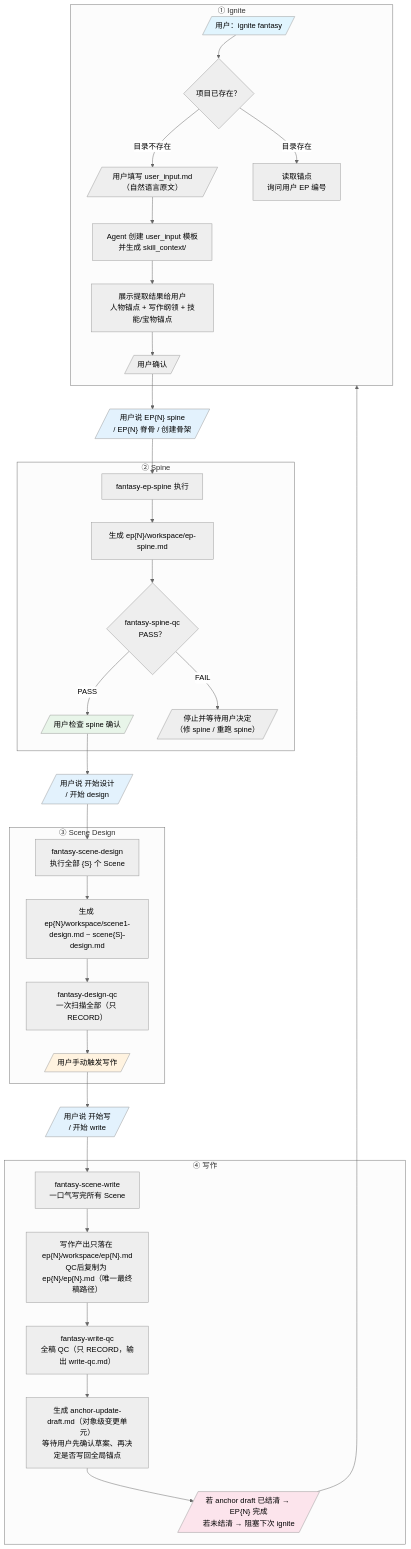
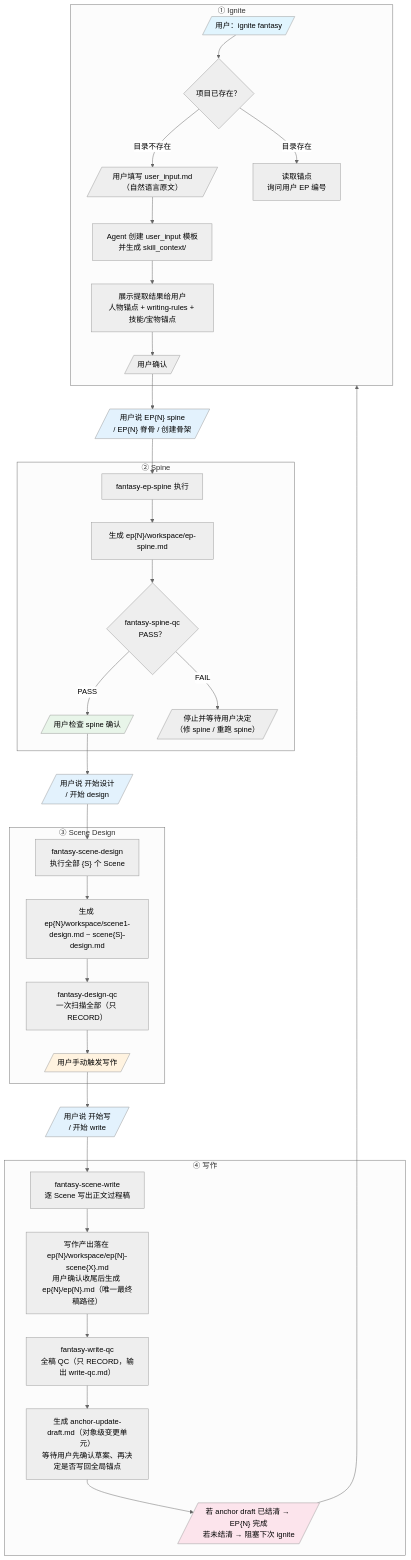
The diagram in fantasy-pipeline-full-write/references/pipeline-workflow.md (rhozero-div/fantasy-novel), drawn with Mermaid (neutral theme) before and after one commit. The commit also changed other lines of this file and 49 other files, not shown here.

Commit message:
Unify fantasy pipeline around scene-based canonical workflow

````diff
--- a/fantasy-pipeline-full-write/references/pipeline-workflow.md
+++ b/fantasy-pipeline-full-write/references/pipeline-workflow.md
@@ -3,70 +3,70 @@
 ```mermaid
 flowchart TD
     subgraph IGNITE["① Ignite"]
         I1[/"用户：ignite fantasy"/]
         I2{"项目已存在？"}
         I3[/"用户填写 user_input.md（自然语言原文）"/]
         I4["Agent 创建 user_input 模板\n并生成 skill_context/"]
-        I5["展示提取结果给用户\n人物锚点 + 写作纲领 + 技能/宝物锚点"]
+        I5["展示提取结果给用户\n人物锚点 + writing-rules + 技能/宝物锚点"]
         I6[/"用户确认"/]
         I1 --> I2
         I2 -->|"目录不存在"| I3
         I2 -->|"目录存在"| RESUME["读取锚点\n询问用户 EP 编号"]
         I3 --> I4 --> I5 --> I6
     end
 
     I6 --> SPINE_TRIGGER
 
     SPINE_TRIGGER[/"用户说 EP{N} spine\n/ EP{N} 脊骨 / 创建骨架"/]
 
     subgraph SPINE["② Spine"]
         S1["fantasy-ep-spine 执行"]
         S2["生成 ep{N}/workspace/ep-spine.md"]
         S3{"fantasy-spine-qc\nPASS？"}
         S4[/"用户检查 spine 确认"/]
         S1 --> S2 --> S3
         S3 -->|FAIL| S4FAIL[/"停止并等待用户决定\n（修 spine / 重跑 spine）"/]
         S3 -->|PASS| S4
     end
 
     SPINE_TRIGGER --> S1
 
     S4 --> DESIGN_TRIGGER
 
     DESIGN_TRIGGER[/"用户说 开始设计\n/ 开始 design"/]
 
     subgraph DESIGN["③ Scene Design"]
         D1["fantasy-scene-design\n执行全部 {S} 个 Scene"]
         D2["生成 ep{N}/workspace/scene1-design.md ~ scene{S}-design.md"]
         D3["fantasy-design-qc\n一次扫描全部（只 RECORD）"]
         D4[/"用户手动触发写作"/]
         D1 --> D2 --> D3 --> D4
     end
 
     DESIGN_TRIGGER --> D1
 
     D4 --> WRITE_TRIGGER
 
     WRITE_TRIGGER[/"用户说 开始写\n/ 开始 write"/]
 
     subgraph WRITE["④ 写作"]
-        W1["fantasy-scene-write\n一口气写完所有 Scene"]
-        W2["写作产出只落在 ep{N}/workspace/ep{N}.md\nQC后复制为 ep{N}/ep{N}.md（唯一最终稿路径）"]
+        W1["fantasy-scene-write\n逐 Scene 写出正文过程稿"]
+        W2["写作产出落在 ep{N}/workspace/ep{N}-scene{X}.md\n用户确认收尾后生成 ep{N}/ep{N}.md（唯一最终稿路径）"]
         W3["fantasy-write-qc\n全稿 QC（只 RECORD，输出 write-qc.md）"]
         W4["生成 anchor-update-draft.md（对象级变更单元）\n等待用户先确认草案、再决定是否写回全局锚点"]
         W5[/"若 anchor draft 已结清 → EP{N} 完成\n若未结清 → 阻塞下次 ignite"/]
         W1 --> W2 --> W3 --> W4 --> W5
     end
 
     WRITE_TRIGGER --> W1
 
     W5 --> IGNITE
 
     style I1 fill:#e1f5fe
     style SPINE_TRIGGER fill:#e3f2fd
     style S4 fill:#e8f5e9
     style DESIGN_TRIGGER fill:#e3f2fd
     style D4 fill:#fff3e0
     style WRITE_TRIGGER fill:#e3f2fd
     style W5 fill:#fce4ec
 ```
````
